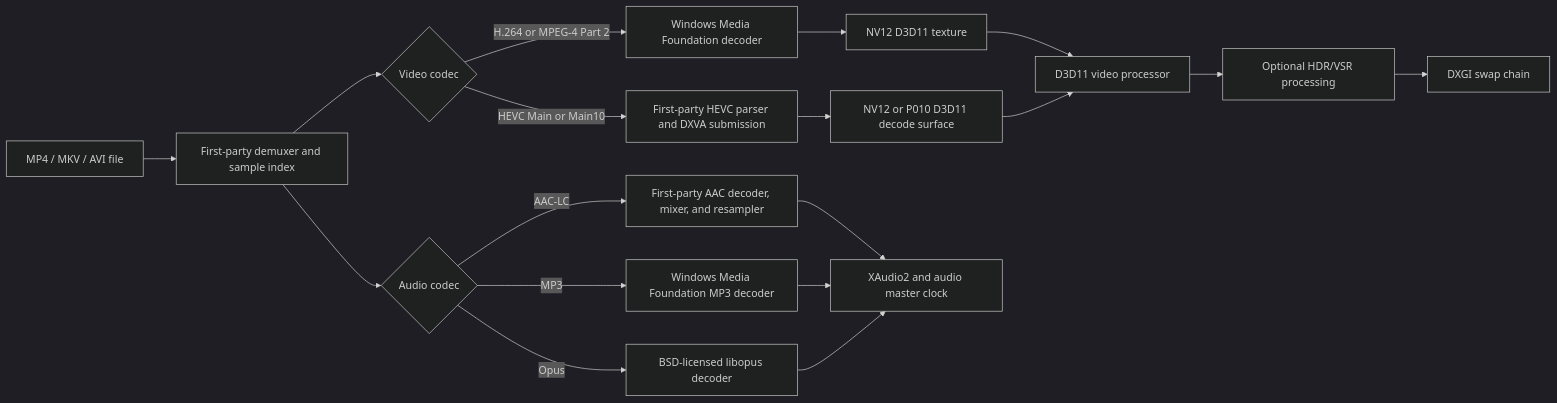
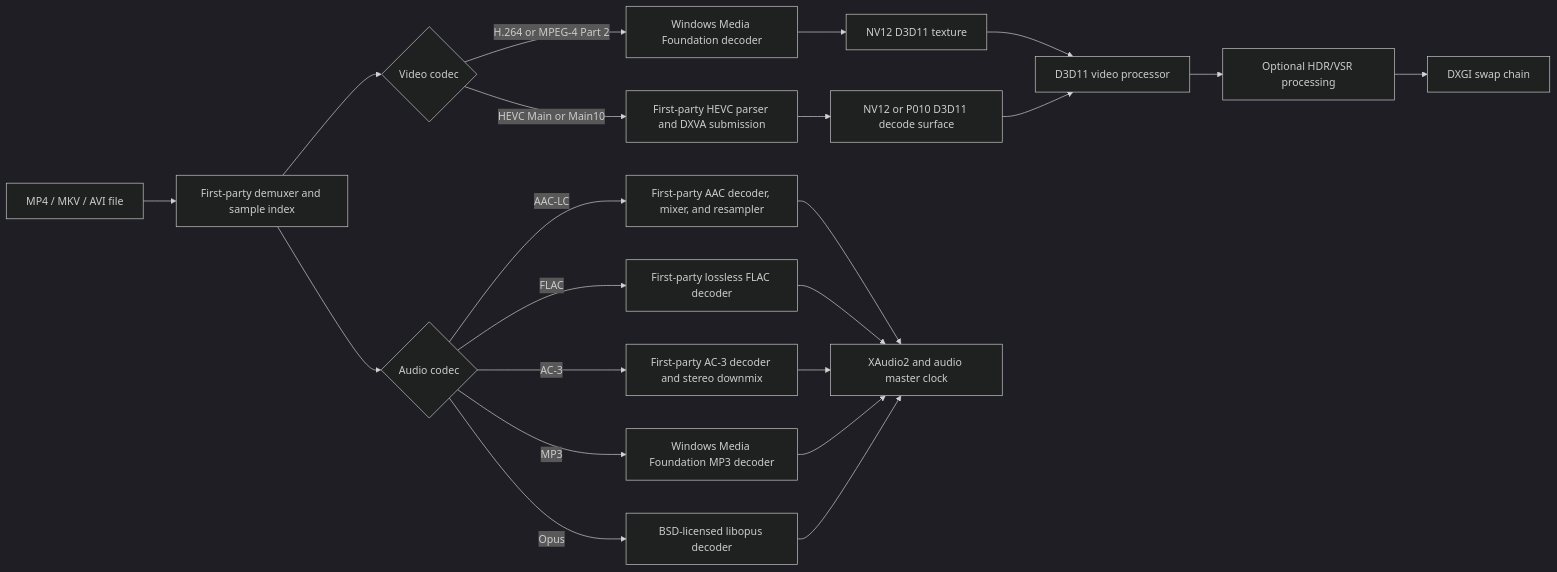
The first of 2 diagrams in docs/MoviePlayer-Wiki.md (tklee000/movieplayer), drawn with Mermaid (dark theme) before and after one commit. The commit also changed other lines of this file and 25 other files, not shown here.

````diff
--- a/docs/MoviePlayer-Wiki.md
+++ b/docs/MoviePlayer-Wiki.md
@@ -49,20 +49,24 @@
 ```mermaid
 flowchart LR
     A["MP4 / MKV / AVI file"] --> B["First-party demuxer and sample index"]
     B --> C{"Video codec"}
     C -->|"H.264 or MPEG-4 Part 2"| D["Windows Media Foundation decoder"]
     C -->|"HEVC Main or Main10"| E["First-party HEVC parser and DXVA submission"]
     D --> F["NV12 D3D11 texture"]
     E --> G["NV12 or P010 D3D11 decode surface"]
     F --> H["D3D11 video processor"]
     G --> H
     H --> I["Optional HDR/VSR processing"]
     I --> J["DXGI swap chain"]
     B --> K{"Audio codec"}
     K -->|"AAC-LC"| L["First-party AAC decoder, mixer, and resampler"]
+    K -->|"FLAC"| Q["First-party lossless FLAC decoder"]
+    K -->|"AC-3"| P["First-party AC-3 decoder and stereo downmix"]
     K -->|"MP3"| M["Windows Media Foundation MP3 decoder"]
     K -->|"Opus"| O["BSD-licensed libopus decoder"]
     L --> N["XAudio2 and audio master clock"]
+    Q --> N
+    P --> N
     M --> N
     O --> N
 ```
````
